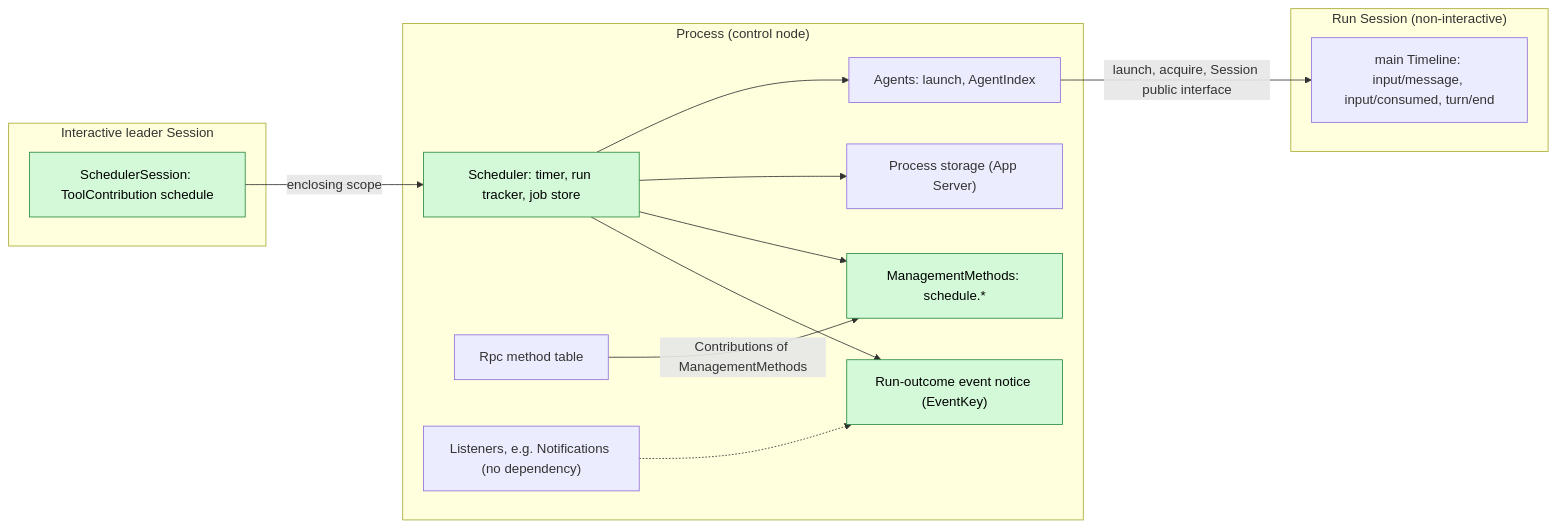
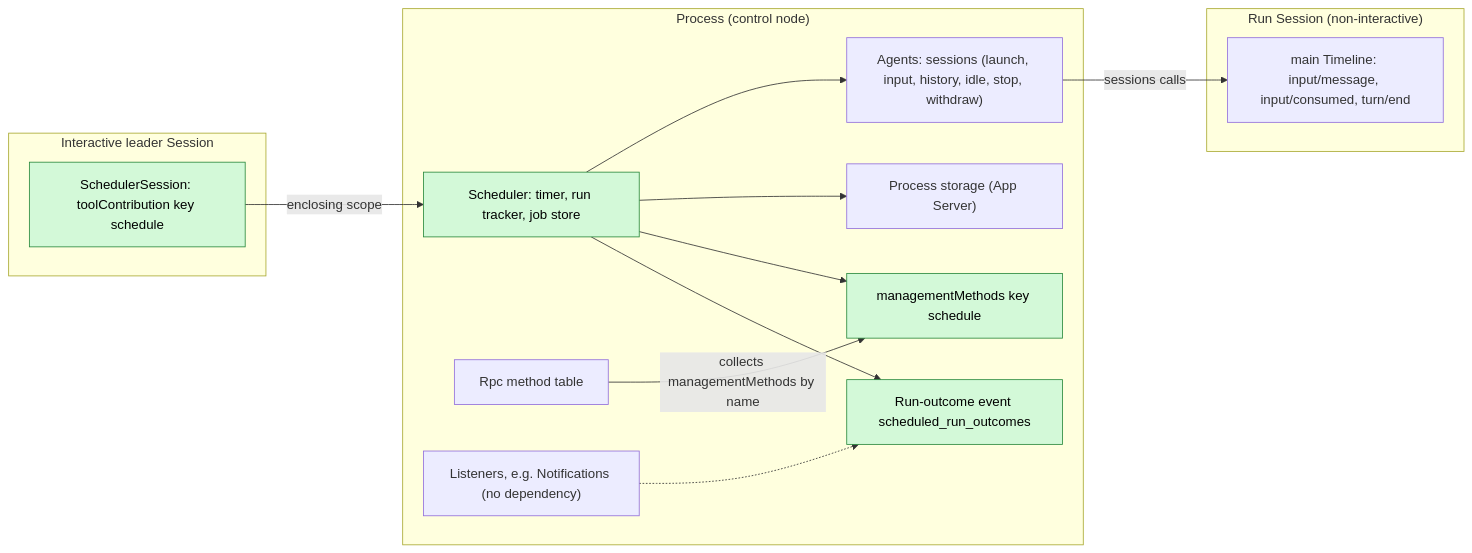
The first of 6 diagrams in docs/design/plugins/Scheduler.md (CoutinhoTTS/dim-agent), drawn with Mermaid before and after one commit. The commit also changed other lines of this file and 3 other files, not shown here.

Commit message:
docs(design): language-neutral contracts for Scheduler, Workflow, ExternalAgent and AcpGateway

````diff
--- a/docs/design/plugins/Scheduler.md
+++ b/docs/design/plugins/Scheduler.md
@@ -9,28 +9,28 @@
 ```mermaid
 flowchart LR
   subgraph PROC["Process (control node)"]
     Sched["Scheduler: timer, run tracker, job store"]
-    MM["ManagementMethods: schedule.*"]
-    Out["Run-outcome event notice (EventKey)"]
-    Agents["Agents: launch, AgentIndex"]
+    MM["managementMethods key schedule"]
+    Out["Run-outcome event scheduled_run_outcomes"]
+    Agents["Agents: sessions (launch, input, history, idle, stop, withdraw)"]
     Rpc["Rpc method table"]
     Store["Process storage (App Server)"]
     Listen["Listeners, e.g. Notifications (no dependency)"]
   end
   subgraph SESS["Interactive leader Session"]
-    Tool["SchedulerSession: ToolContribution schedule"]
+    Tool["SchedulerSession: toolContribution key schedule"]
   end
   subgraph RUN["Run Session (non-interactive)"]
     TL["main Timeline: input/message, input/consumed, turn/end"]
   end
   Tool -->|"enclosing scope"| Sched
   Sched --> Agents
   Sched --> Store
   Sched --> MM
-  Rpc -->|"Contributions of ManagementMethods"| MM
-  Agents -->|"launch, acquire, Session public interface"| TL
+  Rpc -->|"collects managementMethods by name"| MM
+  Agents -->|"sessions calls"| TL
   Sched --> Out
   Listen -.-> Out
   classDef new fill:#d3f9d8,stroke:#2b8a3e,color:#000
   class Sched,MM,Out,Tool new
 ```
````
